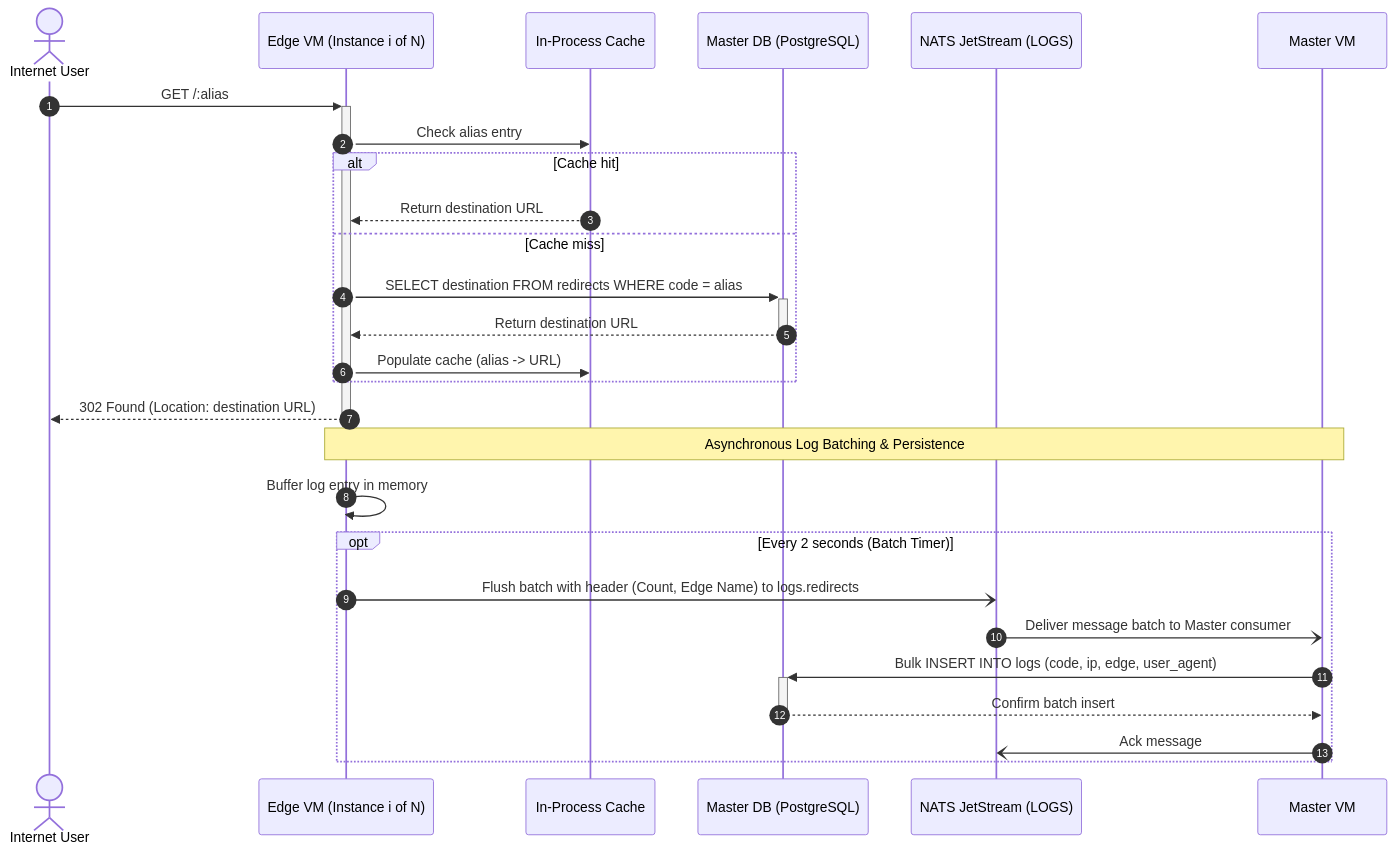
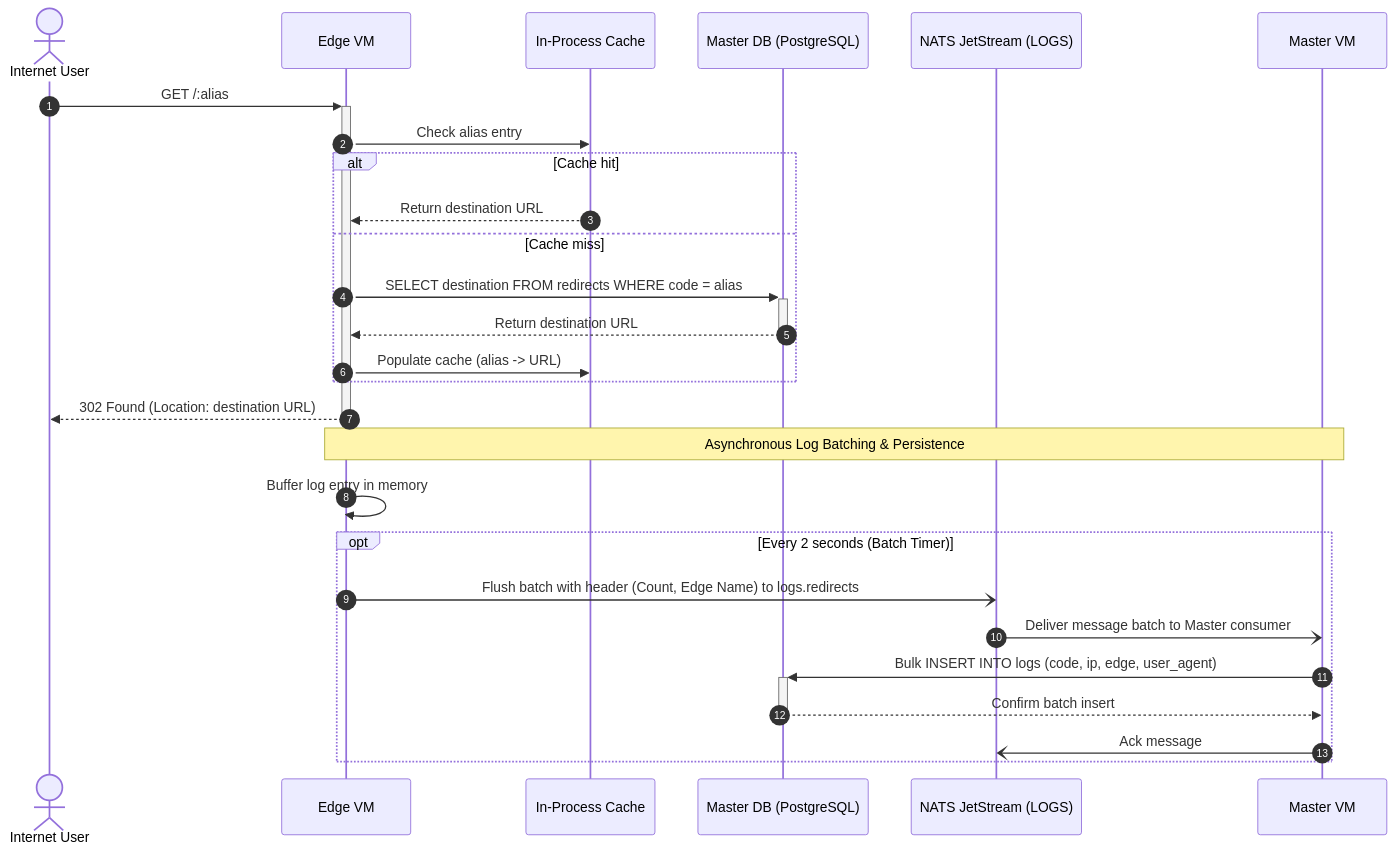
One commit to AyushmanTripathy/url-shortener changed the second of 9 diagrams in Readme.md. Above: the diagram before and after it, drawn with Mermaid. The commit also changed other lines of this file, not shown here.

First line of the commit message:
docs: simplify Revision 3 diagrams to single edge instance

````diff
--- a/Readme.md
+++ b/Readme.md
@@ -102,31 +83,31 @@
 ```mermaid
 sequenceDiagram
     autonumber
     actor User as Internet User
-    participant Edge as Edge VM (Instance i of N)
+    participant Edge as Edge VM
     participant Cache as In-Process Cache
     participant DB as Master DB (PostgreSQL)
     participant NATS as NATS JetStream (LOGS)
     participant Master as Master VM
 
     User->>+Edge: GET /:alias
     Edge->>Cache: Check alias entry
     alt Cache hit
         Cache-->>Edge: Return destination URL
     else Cache miss
         Edge->>+DB: SELECT destination FROM redirects WHERE code = alias
         DB-->>-Edge: Return destination URL
         Edge->>Cache: Populate cache (alias -> URL)
     end
     Edge-->>-User: 302 Found (Location: destination URL)
 
     Note over Edge,Master: Asynchronous Log Batching & Persistence
     Edge->>Edge: Buffer log entry in memory
     opt Every 2 seconds (Batch Timer)
         Edge-)NATS: Flush batch with header (Count, Edge Name) to logs.redirects
         NATS-)Master: Deliver message batch to Master consumer
         Master->>+DB: Bulk INSERT INTO logs (code, ip, edge, user_agent)
         DB-->>-Master: Confirm batch insert
         Master-)NATS: Ack message
     end
 ```
````
